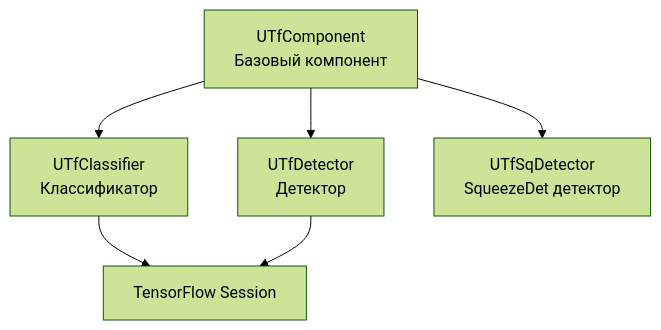
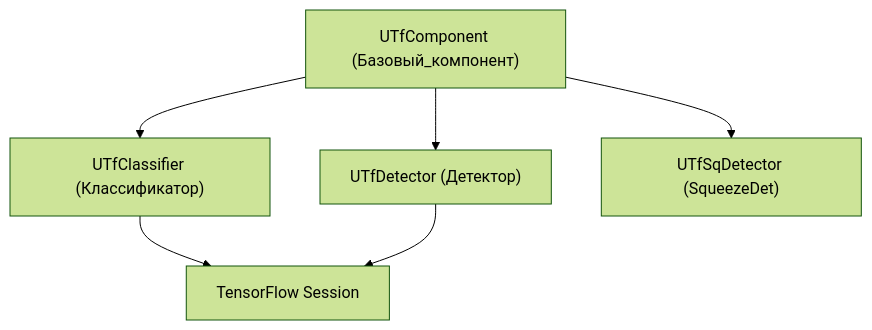
The first of 2 diagrams in Docs/Architecture.md (aicommunity/Rdk-TensorflowLib), drawn with Mermaid (forest theme) before and after one commit. The commit also changed other lines of this file and 1 other file, not shown here.

````diff
--- a/Docs/Architecture.md
+++ b/Docs/Architecture.md
@@ -11,14 +11,14 @@
 ```mermaid
 flowchart TB
-    UTfComponent[UTfComponent<br/>Базовый компонент]
-    UTfClassifier[UTfClassifier<br/>Классификатор]
-    UTfDetector[UTfDetector<br/>Детектор]
-    UTfSqDetector[UTfSqDetector<br/>SqueezeDet детектор]
+    UTfComponent["UTfComponent (Базовый_компонент)"]
+    UTfClassifier["UTfClassifier (Классификатор)"]
+    UTfDetector["UTfDetector (Детектор)"]
+    UTfSqDetector["UTfSqDetector (SqueezeDet)"]
     TfSession[TensorFlow Session]
     
     UTfComponent --> UTfClassifier
     UTfComponent --> UTfDetector
     UTfComponent --> UTfSqDetector
     UTfClassifier --> TfSession
     UTfDetector --> TfSession
 ```
````
